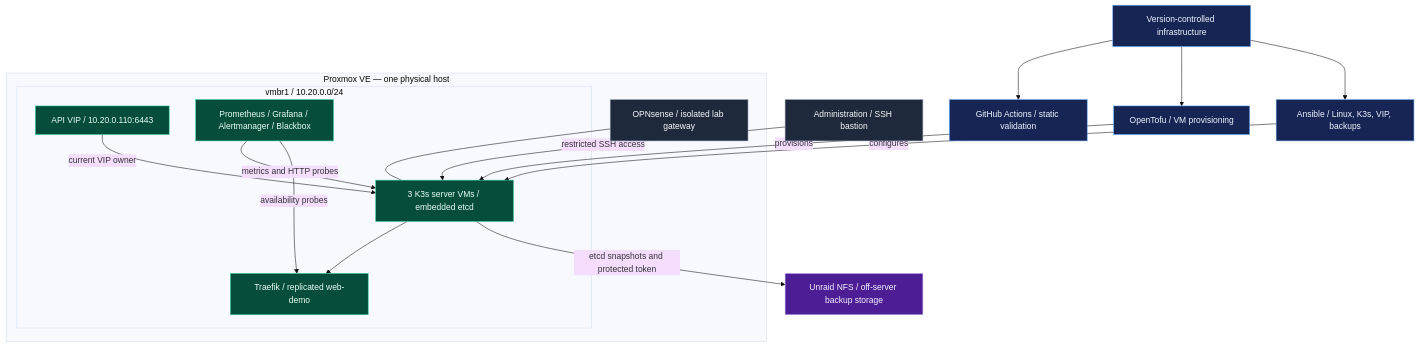
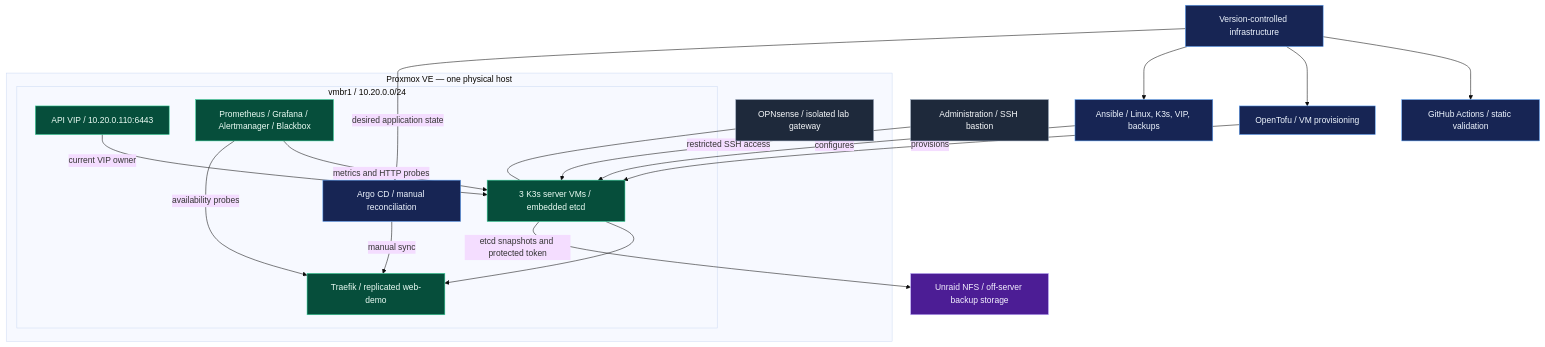
One commit to Capasiter/homelab-portfolio changed the first of 2 diagrams in README.md. Above: the diagram before and after it, drawn with Mermaid (base theme). The commit also changed other lines of this file, not shown here.

````diff
--- a/README.md
+++ b/README.md
@@ -30,36 +34,39 @@
 ```mermaid
 flowchart TD
     Git["Version-controlled infrastructure"] --> CI["GitHub Actions / static validation"]
     Git --> Tofu["OpenTofu / VM provisioning"]
     Git --> Ansible["Ansible / Linux, K3s, VIP, backups"]
     Admin["Administration / SSH bastion"]
 
     subgraph PVE["Proxmox VE — one physical host"]
         Gateway["OPNsense / isolated lab gateway"]
         subgraph Lab["vmbr1 / 10.20.0.0/24"]
             VIP["API VIP / 10.20.0.110:6443"]
             Cluster["3 K3s server VMs / embedded etcd"]
             App["Traefik / replicated web-demo"]
+            Argo["Argo CD / manual reconciliation"]
             Observe["Prometheus / Grafana / Alertmanager / Blackbox"]
         end
         Gateway --- Cluster
         VIP -->|"current VIP owner"| Cluster
         Cluster --> App
         Observe -->|"metrics and HTTP probes"| Cluster
         Observe -->|"availability probes"| App
     end
 
+    Git -->|"desired application state"| Argo
+    Argo -->|"manual sync"| App
     Tofu -->|"provisions"| Cluster
     Ansible -->|"configures"| Cluster
     Admin -->|"restricted SSH access"| Cluster
     Cluster -->|"etcd snapshots and protected token"| Backup["Unraid NFS / off-server backup storage"]
 
     classDef delivery fill:#172554,stroke:#60a5fa,color:#eff6ff
     classDef runtime fill:#064e3b,stroke:#34d399,color:#ecfdf5
     classDef recovery fill:#4c1d95,stroke:#c4b5fd,color:#f5f3ff
     classDef boundary fill:#1e293b,stroke:#94a3b8,color:#f8fafc
-    class Git,CI,Tofu,Ansible delivery
+    class Git,CI,Tofu,Ansible,Argo delivery
     class VIP,Cluster,App,Observe runtime
     class Backup recovery
     class Admin,Gateway boundary
 ```
````
